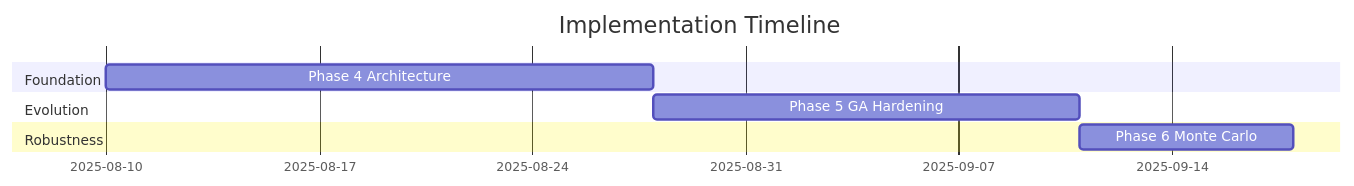
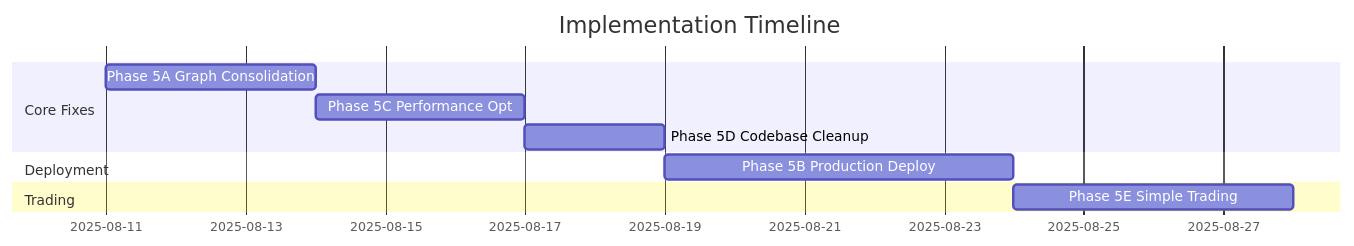
Before and after one commit to AZDavid88/context-engineering-intro: the diagram in projects/quant_trading/phases/current/IMPLEMENTATION_ROADMAP.md, drawn with Mermaid. The commit also changed other lines of this file and 73 other files, not shown here.

First line of the commit message:
feat: Establish clean baseline for Phase 5A execution graph consolidation

````diff
--- a/projects/quant_trading/phases/current/IMPLEMENTATION_ROADMAP.md
+++ b/projects/quant_trading/phases/current/IMPLEMENTATION_ROADMAP.md
@@ -12,11 +13,13 @@
 ```mermaid
 gantt
     title Implementation Timeline
     dateFormat  YYYY-MM-DD
-    section Foundation
-    Phase 4 Architecture    :2025-08-10, 18d
-    section Evolution
-    Phase 5 GA Hardening    :2025-08-28, 14d
-    section Robustness
-    Phase 6 Monte Carlo      :2025-09-11, 7d
+    section Core Fixes
+    Phase 5A Graph Consolidation :2025-08-11, 3d
+    Phase 5C Performance Opt     :2025-08-14, 3d
+    Phase 5D Codebase Cleanup    :2025-08-17, 2d
+    section Deployment
+    Phase 5B Production Deploy   :2025-08-19, 5d
+    section Trading
+    Phase 5E Simple Trading      :2025-08-24, 4d
 ```
````
